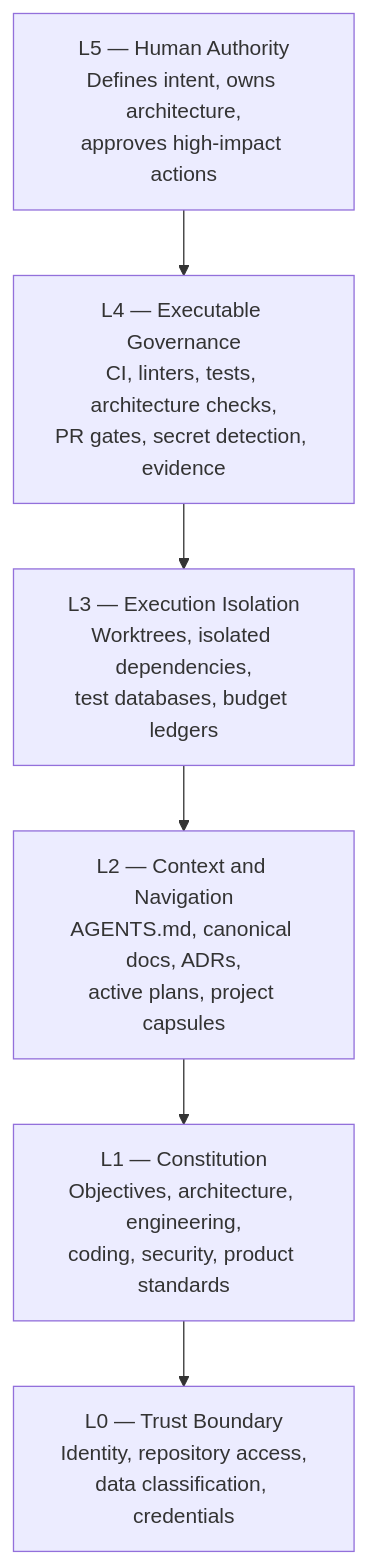
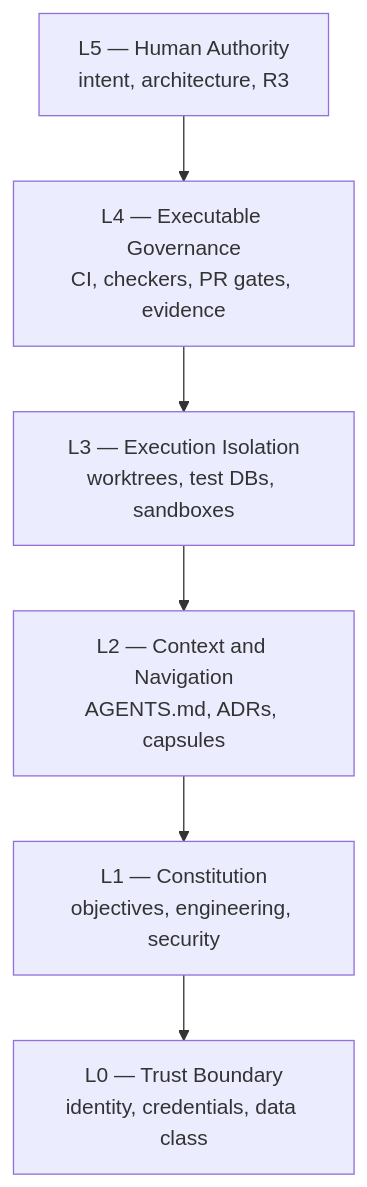
Before and after one commit to drferdi/Monorepo-safrs: the first of 4 diagrams in sentrawiki/overview/architecture.md, drawn with Mermaid. The commit also changed other lines of this file and 197 other files, not shown here.

````diff
--- a/sentrawiki/overview/architecture.md
+++ b/sentrawiki/overview/architecture.md
@@ -7,11 +14,10 @@
 ```mermaid
 graph TD
-    L5["L5 — Human Authority<br/>Defines intent, owns architecture,<br/>approves high-impact actions"]
-    L4["L4 — Executable Governance<br/>CI, linters, tests, architecture checks,<br/>PR gates, secret detection, evidence"]
-    L3["L3 — Execution Isolation<br/>Worktrees, isolated dependencies,<br/>test databases, budget ledgers"]
-    L2["L2 — Context and Navigation<br/>AGENTS.md, canonical docs, ADRs,<br/>active plans, project capsules"]
-    L1["L1 — Constitution<br/>Objectives, architecture, engineering,<br/>coding, security, product standards"]
-    L0["L0 — Trust Boundary<br/>Identity, repository access,<br/>data classification, credentials"]
-
+    L5["L5 — Human Authority<br/>intent, architecture, R3"]
+    L4["L4 — Executable Governance<br/>CI, checkers, PR gates, evidence"]
+    L3["L3 — Execution Isolation<br/>worktrees, test DBs, sandboxes"]
+    L2["L2 — Context and Navigation<br/>AGENTS.md, ADRs, capsules"]
+    L1["L1 — Constitution<br/>objectives, engineering, security"]
+    L0["L0 — Trust Boundary<br/>identity, credentials, data class"]
     L5 --> L4 --> L3 --> L2 --> L1 --> L0
 ```
````
